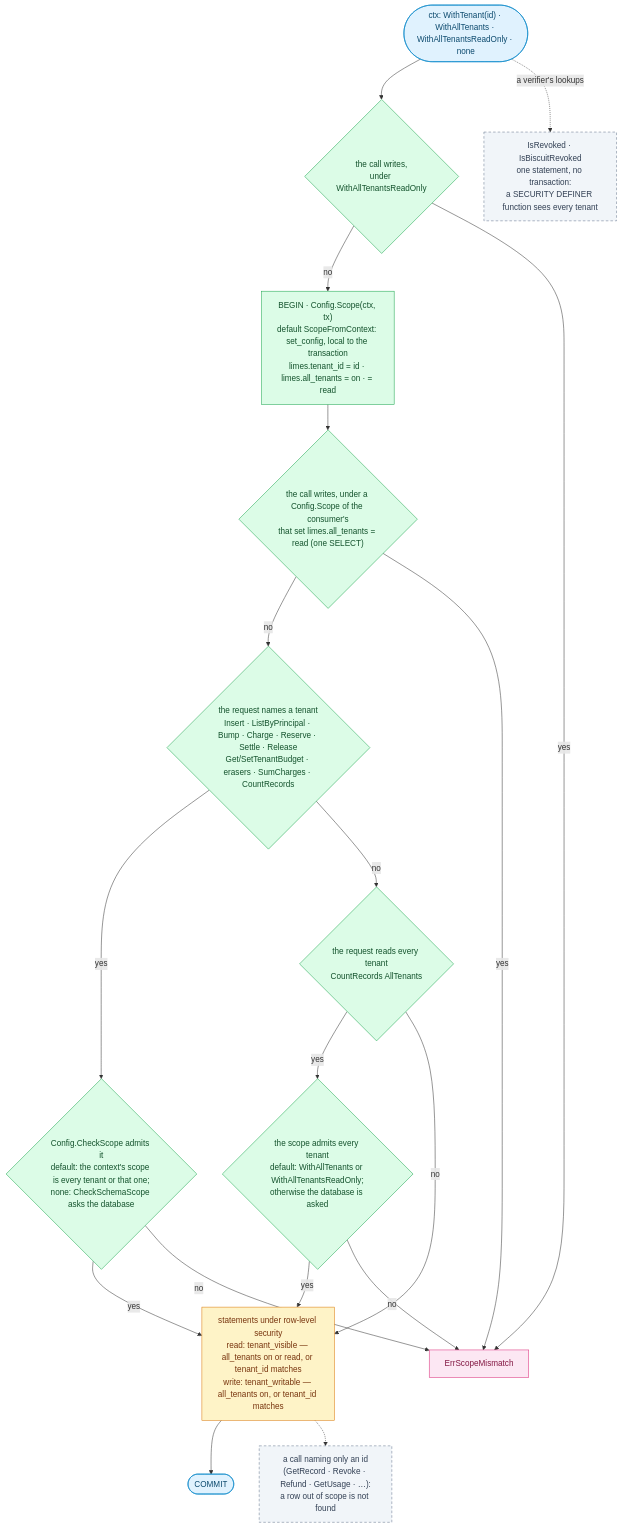
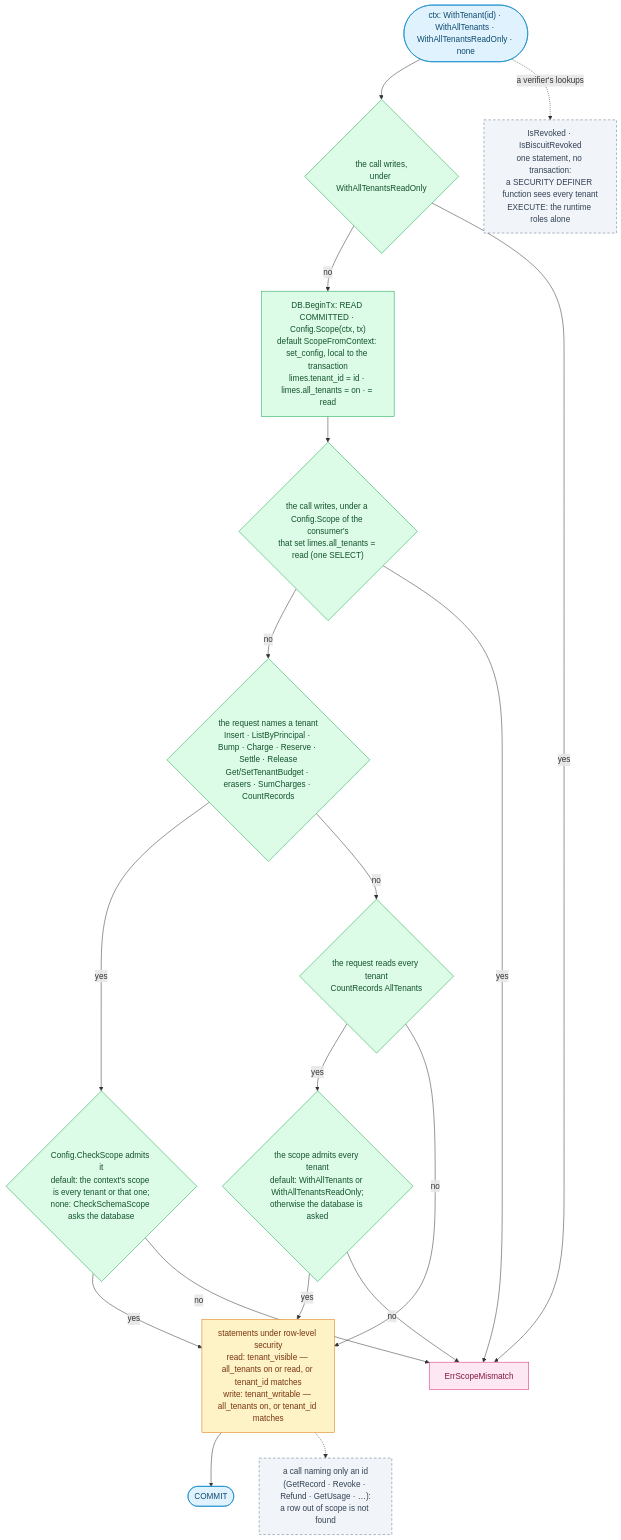
Before and after one commit to oleg-tkachuk/limes: diagram 12 of 13 in docs/diagrams.md, drawn with Mermaid. The commit also changed other lines of this file, not shown here.

Commit message:
docs(diagrams): show the copy quota, the erase mark and the charge transaction's rules

````diff
--- a/docs/diagrams.md
+++ b/docs/diagrams.md
@@ -920,37 +960,37 @@
 ```mermaid
 flowchart TB
     ctx(["ctx: WithTenant(id) · WithAllTenants · WithAllTenantsReadOnly · none"])
     ro{"the call writes,<br/>under WithAllTenantsReadOnly"}
-    begin["BEGIN · Config.Scope(ctx, tx)<br/>default ScopeFromContext: set_config, local to the transaction<br/>limes.tenant_id = id · limes.all_tenants = on · = read"]
+    begin["DB.BeginTx: READ COMMITTED · Config.Scope(ctx, tx)<br/>default ScopeFromContext: set_config, local to the transaction<br/>limes.tenant_id = id · limes.all_tenants = on · = read"]
     roset{"the call writes, under a Config.Scope of the consumer's<br/>that set limes.all_tenants = read (one SELECT)"}
     named{"the request names a tenant<br/>Insert · ListByPrincipal · Bump · Charge · Reserve · Settle · Release<br/>Get/SetTenantBudget · erasers · SumCharges · CountRecords"}
     check{"Config.CheckScope admits it<br/>default: the context's scope is every tenant or that one;<br/>none: CheckSchemaScope asks the database"}
     rls["statements under row-level security<br/>read: tenant_visible — all_tenants on or read, or tenant_id matches<br/>write: tenant_writable — all_tenants on, or tenant_id matches"]
     commit(["COMMIT"])
     idonly["a call naming only an id<br/>(GetRecord · Revoke · Refund · GetUsage · …):<br/>a row out of scope is not found"]
-    definer["IsRevoked · IsBiscuitRevoked<br/>one statement, no transaction:<br/>a SECURITY DEFINER function sees every tenant"]
+    definer["IsRevoked · IsBiscuitRevoked<br/>one statement, no transaction:<br/>a SECURITY DEFINER function sees every tenant<br/>EXECUTE: the runtime roles alone"]
     every{"the request reads every tenant<br/>CountRecords AllTenants"}
     evcheck{"the scope admits every tenant<br/>default: WithAllTenants or WithAllTenantsReadOnly;<br/>otherwise the database is asked"}
     mismatch["ErrScopeMismatch"]
 
     ctx --> ro -- no --> begin --> roset -- no --> named -- yes --> check -- yes --> rls --> commit
     roset -- yes --> mismatch
     named -- no --> every -- yes --> evcheck -- yes --> rls
     every -- no --> rls
     evcheck -- no --> mismatch
     rls -.-> idonly
     ro -- yes --> mismatch
     ctx -. "a verifier's lookups" .-> definer
     check -- no --> mismatch
 
     classDef client fill:#E0F2FE,stroke:#0284C7,color:#0C4A6E
     classDef role fill:#DCFCE7,stroke:#16A34A,color:#14532D
     classDef optional fill:#F1F5F9,stroke:#64748B,color:#334155,stroke-dasharray:5 4
     classDef store fill:#FEF3C7,stroke:#D97706,color:#78350F
     classDef external fill:#FCE7F3,stroke:#DB2777,color:#831843
     class ctx,commit client
     class ro,begin,roset,named,check,every,evcheck role
     class idonly,definer optional
     class rls store
     class mismatch external
 ```
````
